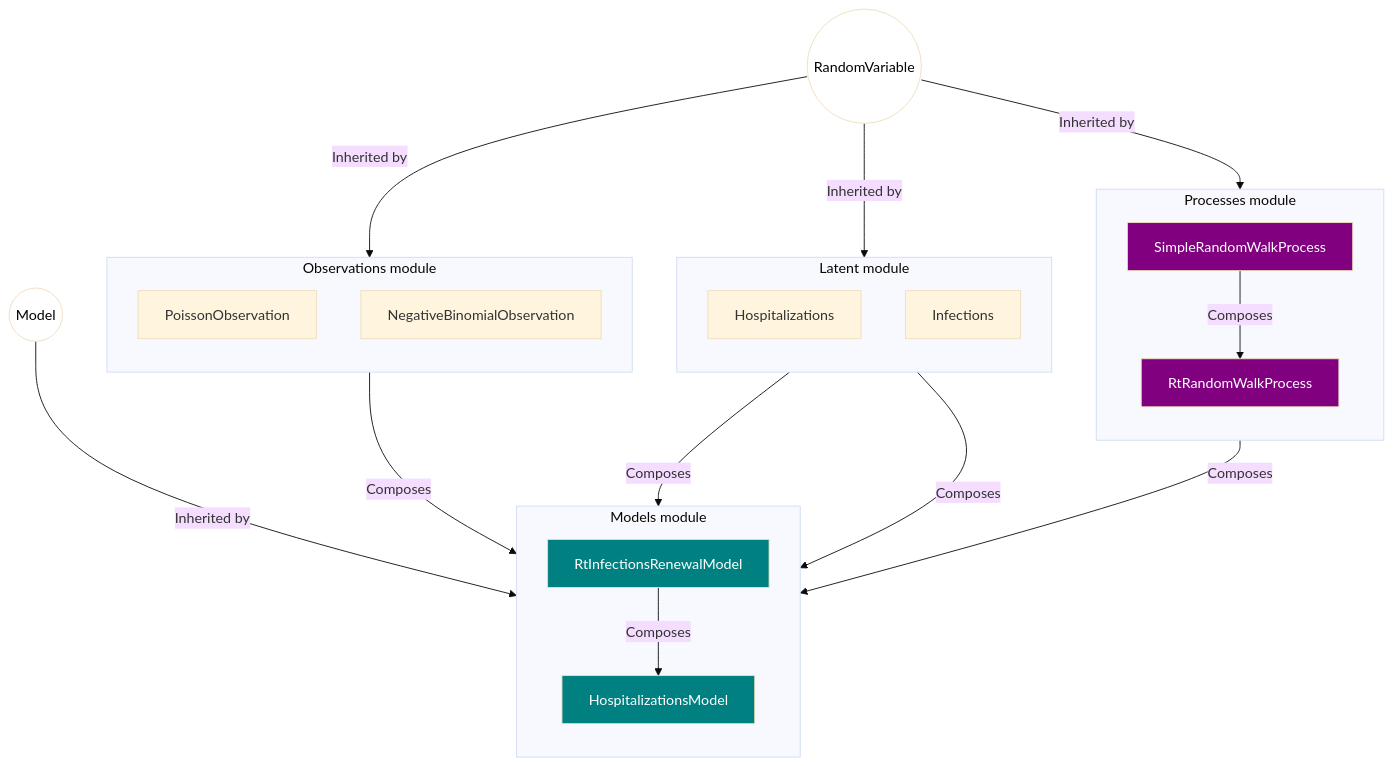
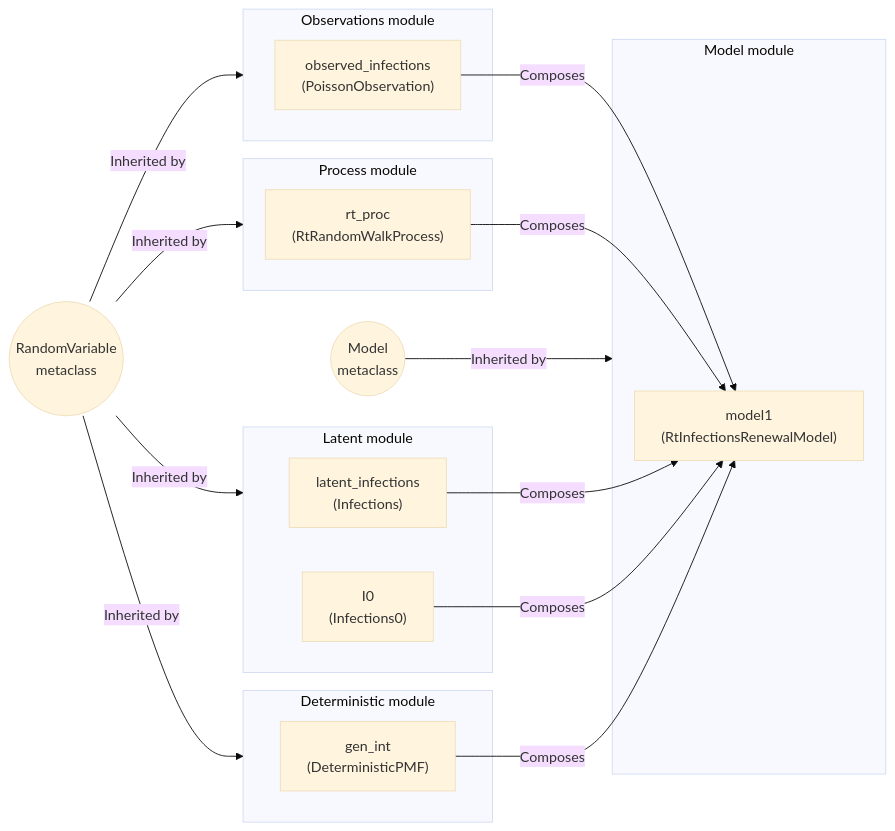
One commit to CDCgov/PyRenew changed the second of 2 diagrams in model/docs/getting-started.md. Above: the diagram before and after it, drawn with Mermaid (base theme). The commit also changed other lines of this file and 25 other files, not shown here.

First line of the commit message:
Formally addresses implementing the observed hospitalizations module (#39)

````diff
--- a/model/docs/getting-started.md
+++ b/model/docs/getting-started.md
@@ -22,55 +245,38 @@
 ``` mermaid
-flowchart TB
+flowchart LR
+    rand((RandomVariable\nmetaclass))
+    models((Model\nmetaclass))
 
-    subgraph randprocmod["Processes module"]
-        direction TB
-        simprw["SimpleRandomWalkProcess"]
-        rtrw["RtRandomWalkProcess"]
+    subgraph observations[Observations module]
+        obs["observed_infections\n(PoissonObservation)"]
     end
 
-    subgraph latentmod["Latent module"]
-        direction TB
-        hosp_latent["Hospitalizations"]
-        inf_latent["Infections"]
+    subgraph latent[Latent module]
+        inf["latent_infections\n(Infections)"]
+        i0["I0\n(Infections0)"]
     end
 
-    subgraph obsmod["Observations module"]
-        direction TB
-        pois["PoissonObservation"]
-        nb["NegativeBinomialObservation"]
+    subgraph process[Process module]
+        rt["rt_proc\n(RtRandomWalkProcess)"]
     end
 
-    subgraph models["Models module"]
-        direction TB
-        basic["RtInfectionsRenewalModel"]
-        hosp["HospitalizationsModel"]
+    subgraph deterministic[Deterministic module]
+        detpmf["gen_int\n(DeterministicPMF)"]
     end
 
-    rp(("RandomVariable")) --> |Inherited by| randprocmod
-    rp -->|Inherited by| latentmod
-    rp -->|Inherited by| obsmod
+    subgraph model[Model module]
+        model1["model1\n(RtInfectionsRenewalModel)"]
+    end
 
+    rand-->|Inherited by|observations
+    rand-->|Inherited by|process
+    rand-->|Inherited by|latent
+    rand-->|Inherited by|deterministic
+    models-->|Inherited by|model
 
-    model(("Model")) -->|Inherited by| models
-
-    simprw -->|Composes| rtrw
-    rtrw -->|Composes| basic
-    inf_latent -->|Composes| basic
-    basic -->|Composes| hosp
-
-
-    obsmod -->|Composes|models
-    hosp_latent -->|Composes| hosp
-
-    %% Metaclasses
-    classDef Metaclass color:black,fill:white
-    class rp,model Metaclass
-
-    %% Random process
-    classDef Randproc fill:purple,color:white
-    class rtrw,simprw Randproc
-
-    %% Models
-    classDef Models fill:teal,color:white
-    class basic,hosp Models
+    detpmf-->|Composes|model1
+    i0-->|Composes|model1
+    rt-->|Composes|model1
+    obs-->|Composes|model1
+    inf-->|Composes|model1
 ```
````
